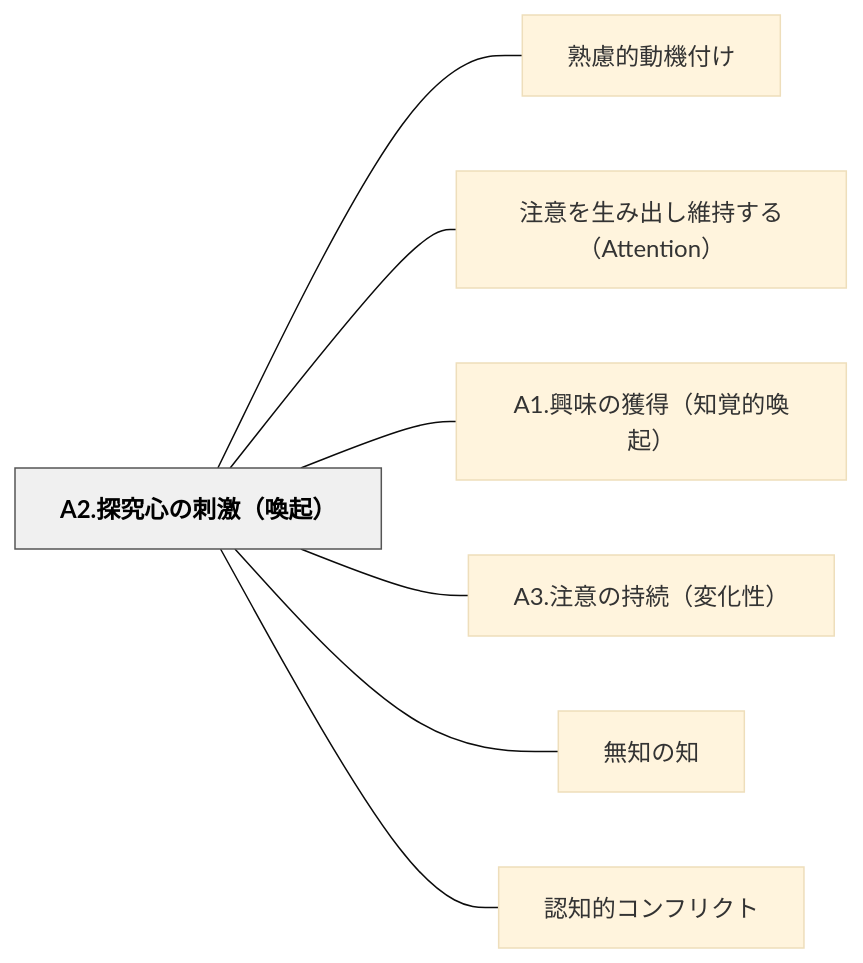
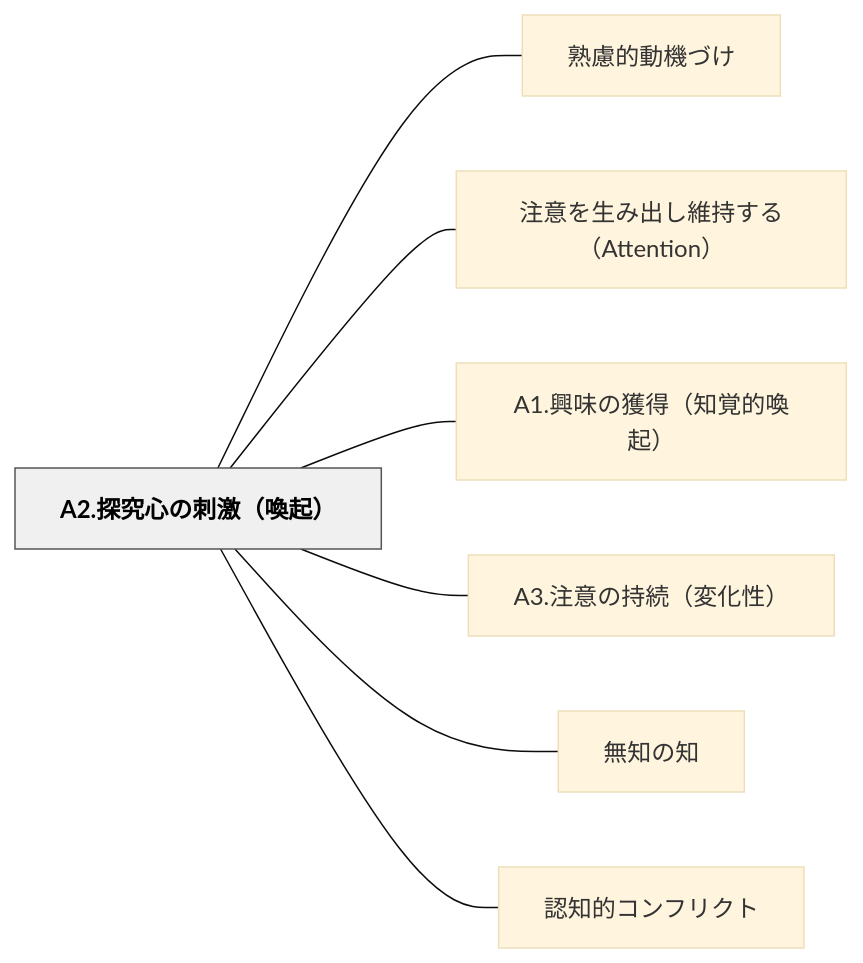
Before and after one commit to unknownthings-ed-patterns/unknownthings-ed-patterns: the diagram in content/パタン/A2.探究心の刺激（喚起）.md, drawn with Mermaid (base theme). The commit also changed other lines of this file and 234 other files, not shown here.

````diff
--- a/content/パタン/A2.探究心の刺激（喚起）.md
+++ b/content/パタン/A2.探究心の刺激（喚起）.md
@@ -37,20 +37,20 @@
 ```mermaid
 flowchart LR
     n41322ee68ea2e7a9b6e5bf83e381aee588bae6bf80efbc88e5969ae8b5b7efbc89["A2.探究心の刺激（喚起）"]
-    ne7869fe685aee79a84e58b95e6a99fe4bb98e38191["熟慮的動機付け"]
+    ne7869fe685aee79a84e58b95e6a99fe381a5e38191["熟慮的動機づけ"]
     ne6b3a8e6848fe38292e7949fe381bfe587bae38197e7b6ade68c81e38199e3828befbc88417474656e74696f6eefbc89["注意を生み出し維持する（Attention）"]
     n41312ee88888e591b3e381aee78db2e5be97efbc88e79fa5e8a69ae79a84e5969ae8b5b7efbc89["A1.興味の獲得（知覚的喚起）"]
     n41332ee6b3a8e6848fe381aee68c81e7b69aefbc88e5a489e58c96e680a7efbc89["A3.注意の持続（変化性）"]
     ne784a1e79fa5e381aee79fa5["無知の知"]
     ne8aa8de79fa5e79a84e382b3e383b3e38395e383aae382afe38388["認知的コンフリクト"]
 
-    n41322ee68ea2e7a9b6e5bf83e381aee588bae6bf80efbc88e5969ae8b5b7efbc89 --- ne7869fe685aee79a84e58b95e6a99fe4bb98e38191
+    n41322ee68ea2e7a9b6e5bf83e381aee588bae6bf80efbc88e5969ae8b5b7efbc89 --- ne7869fe685aee79a84e58b95e6a99fe381a5e38191
     n41322ee68ea2e7a9b6e5bf83e381aee588bae6bf80efbc88e5969ae8b5b7efbc89 --- ne6b3a8e6848fe38292e7949fe381bfe587bae38197e7b6ade68c81e38199e3828befbc88417474656e74696f6eefbc89
     n41322ee68ea2e7a9b6e5bf83e381aee588bae6bf80efbc88e5969ae8b5b7efbc89 --- n41312ee88888e591b3e381aee78db2e5be97efbc88e79fa5e8a69ae79a84e5969ae8b5b7efbc89
     n41322ee68ea2e7a9b6e5bf83e381aee588bae6bf80efbc88e5969ae8b5b7efbc89 --- n41332ee6b3a8e6848fe381aee68c81e7b69aefbc88e5a489e58c96e680a7efbc89
     n41322ee68ea2e7a9b6e5bf83e381aee588bae6bf80efbc88e5969ae8b5b7efbc89 --- ne784a1e79fa5e381aee79fa5
     n41322ee68ea2e7a9b6e5bf83e381aee588bae6bf80efbc88e5969ae8b5b7efbc89 --- ne8aa8de79fa5e79a84e382b3e383b3e38395e383aae382afe38388
 
     classDef hub fill:#f0f0f0,stroke:#555,color:#000,font-weight:bold
     class n41322ee68ea2e7a9b6e5bf83e381aee588bae6bf80efbc88e5969ae8b5b7efbc89 hub
 ```
````
